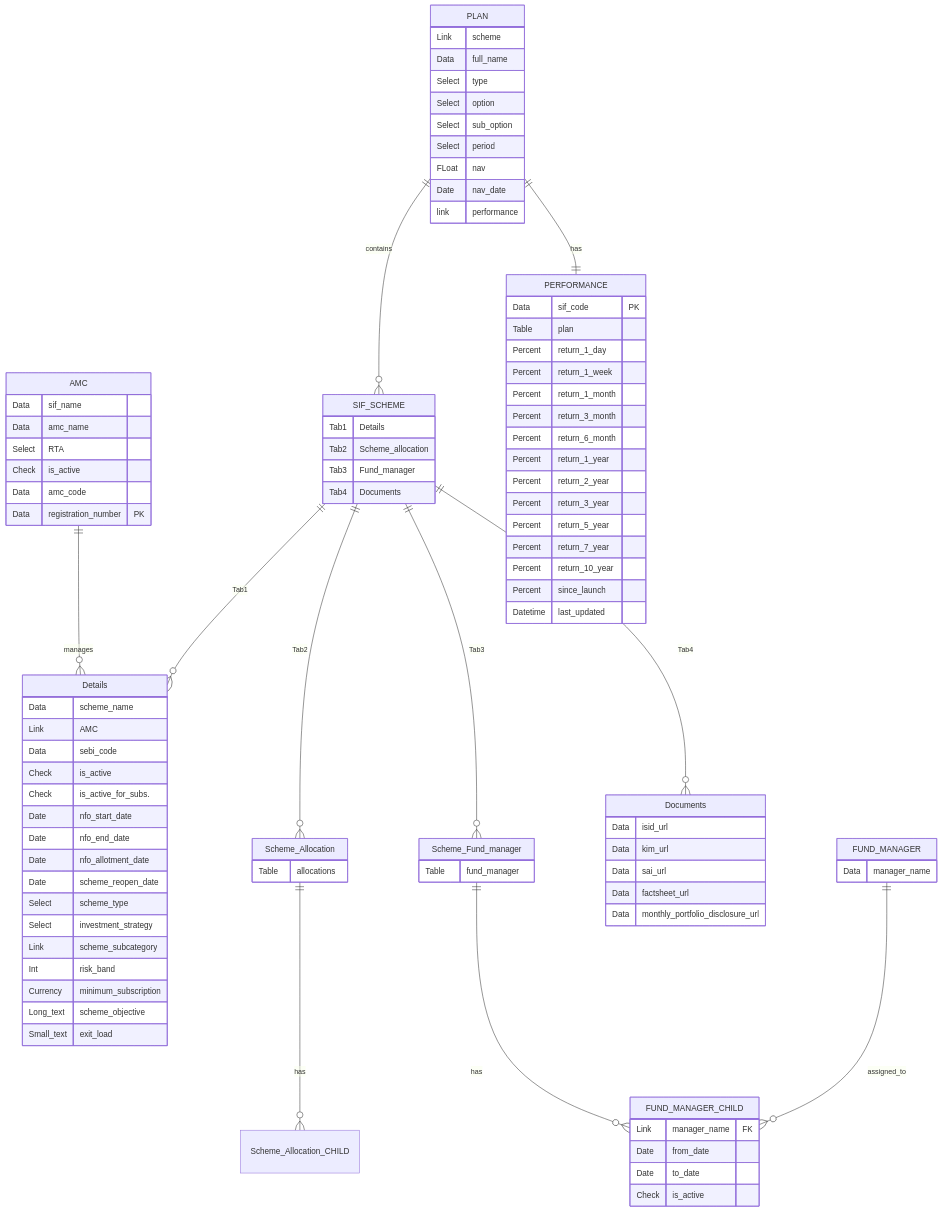
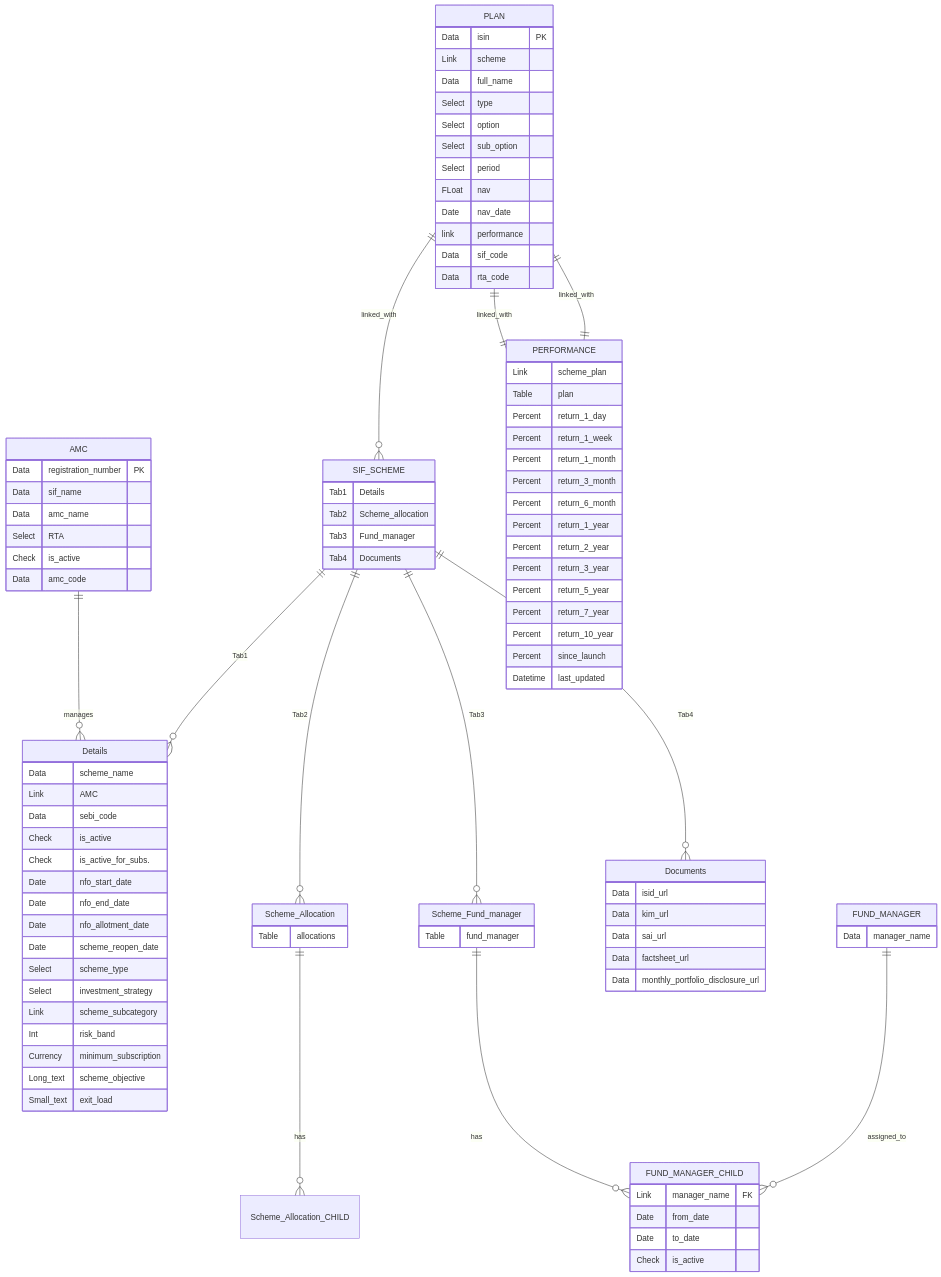
One commit to Satyam4755/My_SIF changed the diagram in sif_app/DOCTYPE architecture ER diagram.md. Above: the diagram before and after it, drawn with Mermaid.

Commit message:
Update DOCTYPE architecture ER diagram.md

```diff
--- a/sif_app/DOCTYPE architecture ER diagram.md
+++ b/sif_app/DOCTYPE architecture ER diagram.md
@@ -6,8 +6,9 @@
 
     AMC ||--o{ Details : manages
     
-    PLAN ||--o{ SIF_SCHEME : contains
-    PLAN ||--|| PERFORMANCE : has
+    PLAN ||--o{ SIF_SCHEME : linked_with
+    PLAN ||--|| PERFORMANCE : linked_with
+    PERFORMANCE ||--|| PLAN : linked_with
     SIF_SCHEME ||--o{ Details : Tab1
     SIF_SCHEME ||--o{ Scheme_Allocation : Tab2
     SIF_SCHEME ||--o{ Scheme_Fund_manager : Tab3
@@ -19,12 +20,12 @@
 
 
     AMC {
+        Data registration_number PK
         Data sif_name 
         Data amc_name 
         Select RTA 
         Check is_active 
         Data amc_code 
-        Data registration_number PK
 
     }
 
@@ -83,6 +84,7 @@
     }
 
     PLAN {
+        Data isin PK
         Link scheme
         Data full_name
         Select type
@@ -92,10 +94,12 @@
         FLoat nav
         Date nav_date
         link performance
+        Data sif_code
+        Data rta_code
     }
 
     PERFORMANCE {
-        Data sif_code PK
+        Link scheme_plan
 
         Table plan 
 
```
